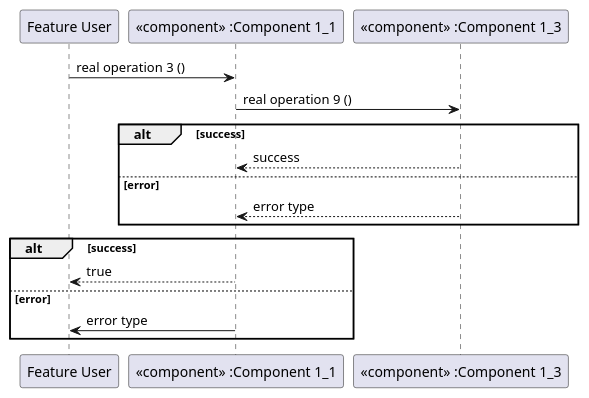
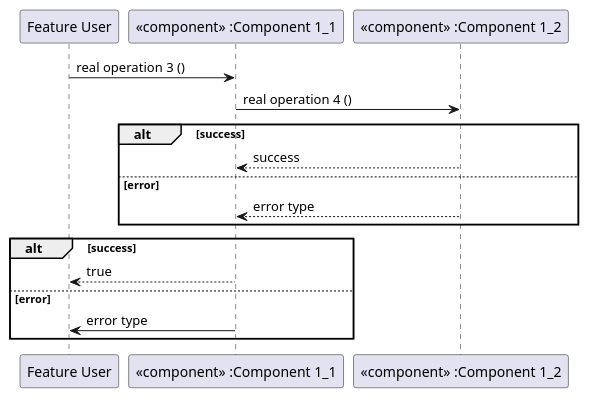
The diagram in process/process_areas/architecture_design/_assets/component_architecture_dynamic.puml (qorix-group/process_description), drawn with PlantUML before and after one commit.

Commit message:
fix dynamic picture

```diff
--- a/process/process_areas/architecture_design/_assets/component_architecture_dynamic.puml
+++ b/process/process_areas/architecture_design/_assets/component_architecture_dynamic.puml
@@ -29,22 +29,22 @@
 @startuml
 
 participant "Feature User" as actor
 participant "«component» :Component 1_1" as sc1
-participant "«component» :Component 1_3" as sc3
+participant "«component» :Component 1_2" as sc3
 
 actor -> sc1: real operation 3 ()
-sc1 -> sc3: real operation 9 ()
+sc1 -> sc3: real operation 4 ()
 
 alt success
     sc3 --> sc1: success
 else error
     sc3 --> sc1: error type
 end
 
 alt success
     sc1 --> actor: true
 else error
     sc1 -> actor: error type
 end
 
 @enduml
```
